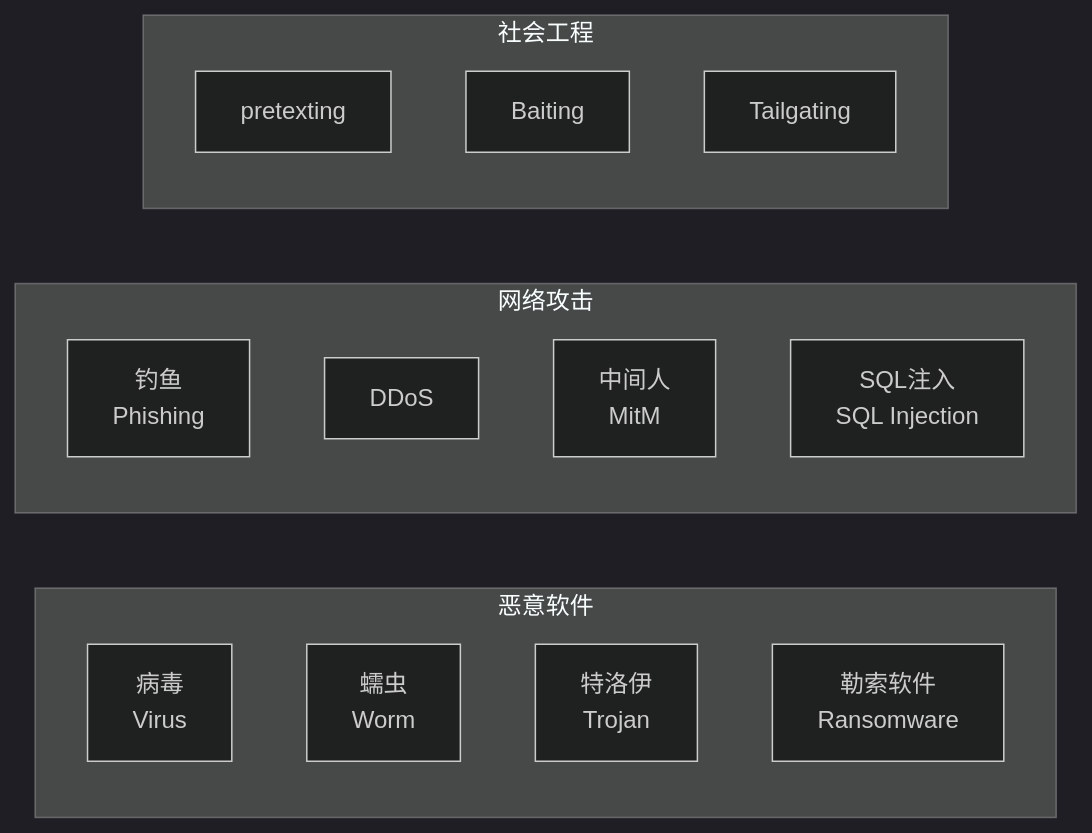
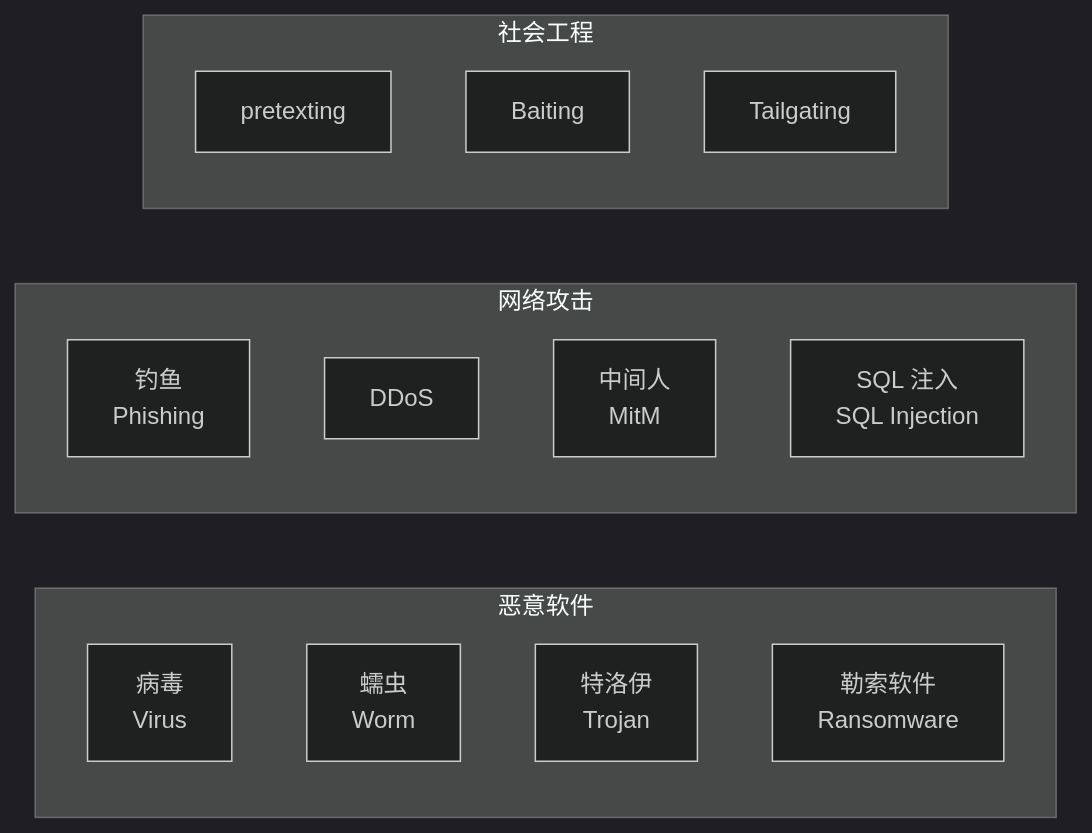
One commit to Tianshang301/TianshangKnowledgeBase changed the second of 3 diagrams in 05_ComputerScience/Cybersecurity/CybersecurityOverview.md. Above: the diagram before and after it, drawn with Mermaid (dark theme). The commit also changed other lines of this file and 2257 other files, not shown here.

````diff
--- a/05_ComputerScience/Cybersecurity/CybersecurityOverview.md
+++ b/05_ComputerScience/Cybersecurity/CybersecurityOverview.md
@@ -55,20 +57,20 @@
 ```mermaid
 graph LR
     subgraph 恶意软件
         A1[病毒<br/>Virus]
         A2[蠕虫<br/>Worm]
         A3[特洛伊<br/>Trojan]
         A4[勒索软件<br/>Ransomware]
     end
     subgraph 网络攻击
         B1[钓鱼<br/>Phishing]
         B2[DDoS]
         B3[中间人<br/>MitM]
-        B4[SQL注入<br/>SQL Injection]
+        B4[SQL 注入<br/>SQL Injection]
     end
     subgraph 社会工程
         C1[ pretexting]
         C2[Baiting]
         C3[Tailgating]
     end
 ```
````
